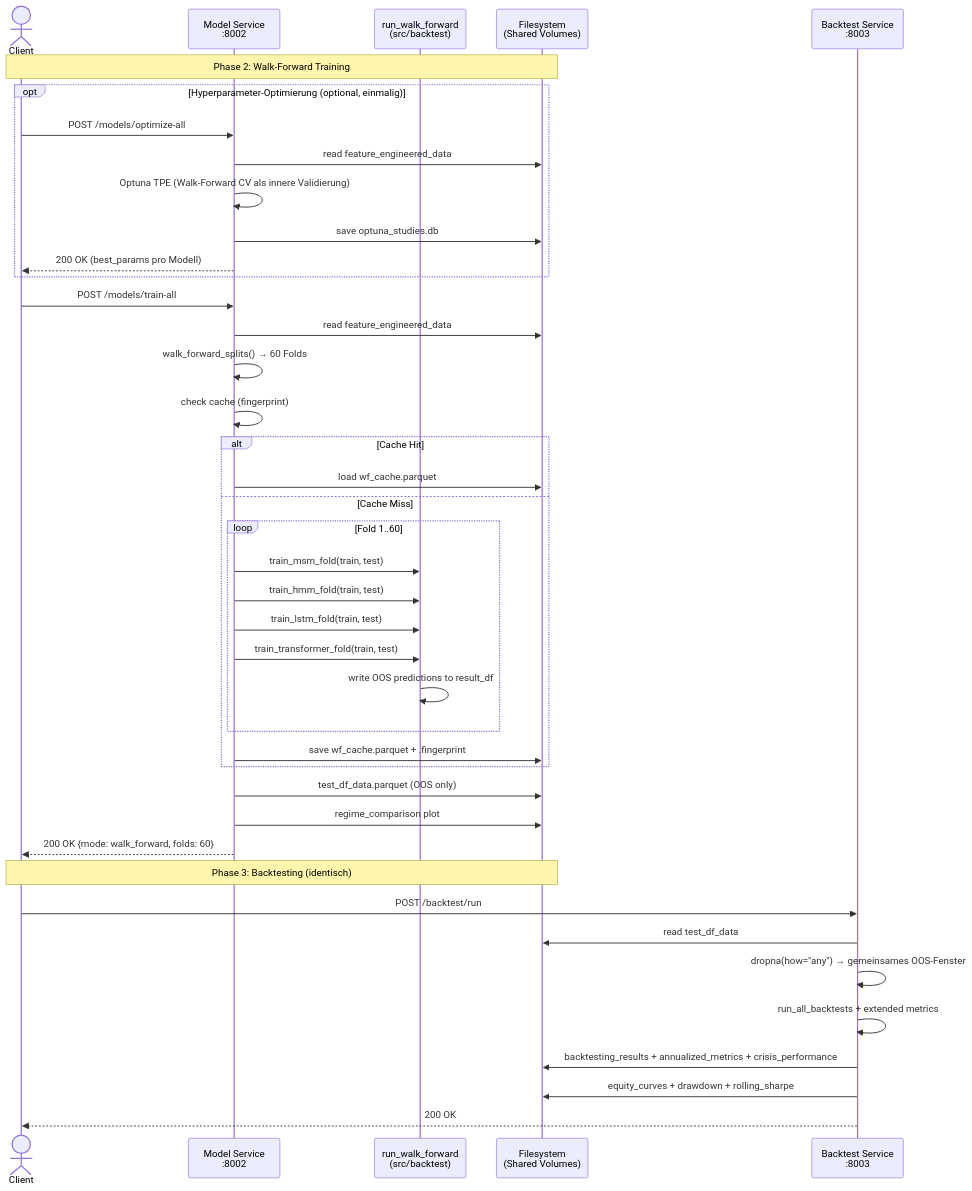
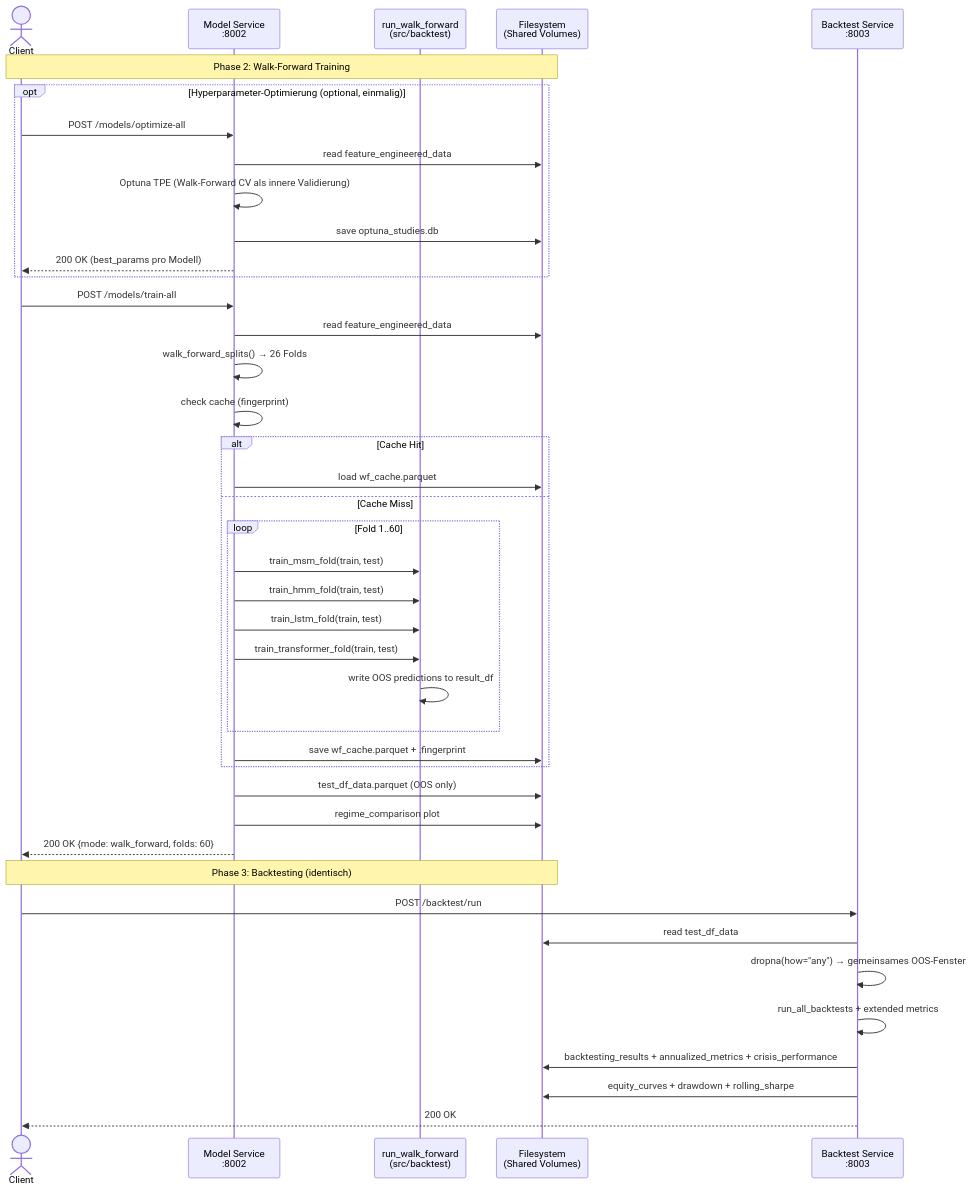
One commit to Torim98/regime-switching-daa-paper changed the second of 3 diagrams in docs/microservice-sequence-diagram.md. Above: the diagram before and after it, drawn with Mermaid. The commit also changed 8 other files, not shown here.

````diff
--- a/docs/microservice-sequence-diagram.md
+++ b/docs/microservice-sequence-diagram.md
@@ -83,45 +83,45 @@
 ```mermaid
 sequenceDiagram
     actor Client
     participant MS as Model Service<br/>:8002
     participant WF as run_walk_forward<br/>(src/backtest)
     participant FS as Filesystem<br/>(Shared Volumes)
     participant BS as Backtest Service<br/>:8003
 
     Note over Client,FS: Phase 2: Walk-Forward Training
 	opt Hyperparameter-Optimierung (optional, einmalig)
         Client->>MS: POST /models/optimize-all
         MS->>FS: read feature_engineered_data
         MS->>MS: Optuna TPE (Walk-Forward CV als innere Validierung)
         MS->>FS: save optuna_studies.db
         MS-->>Client: 200 OK (best_params pro Modell)
     end
     Client->>MS: POST /models/train-all
     MS->>FS: read feature_engineered_data
-    MS->>MS: walk_forward_splits() → 60 Folds
+    MS->>MS: walk_forward_splits() → 26 Folds
     MS->>MS: check cache (fingerprint)
     alt Cache Hit
         MS->>FS: load wf_cache.parquet
     else Cache Miss
         loop Fold 1..60
             MS->>WF: train_msm_fold(train, test)
             MS->>WF: train_hmm_fold(train, test)
             MS->>WF: train_lstm_fold(train, test)
             MS->>WF: train_transformer_fold(train, test)
             WF->>WF: write OOS predictions to result_df
         end
         MS->>FS: save wf_cache.parquet + .fingerprint
     end
     MS->>FS: test_df_data.parquet (OOS only)
     MS->>FS: regime_comparison plot
     MS-->>Client: 200 OK {mode: walk_forward, folds: 60}
 
     Note over Client,FS: Phase 3: Backtesting (identisch)
     Client->>BS: POST /backtest/run
     BS->>FS: read test_df_data
     BS->>BS: dropna(how="any") → gemeinsames OOS-Fenster
     BS->>BS: run_all_backtests + extended metrics
     BS->>FS: backtesting_results + annualized_metrics + crisis_performance
     BS->>FS: equity_curves + drawdown + rolling_sharpe
     BS-->>Client: 200 OK
 ```
````
